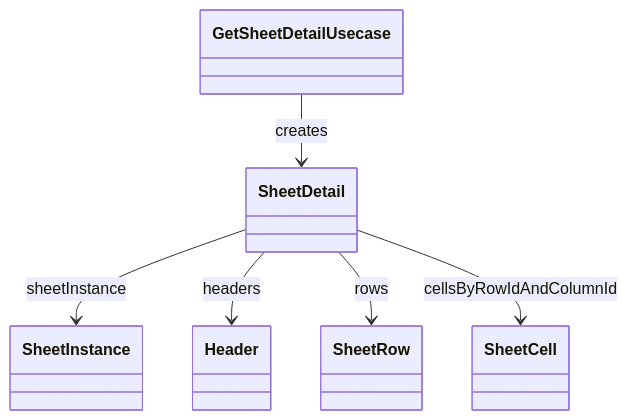
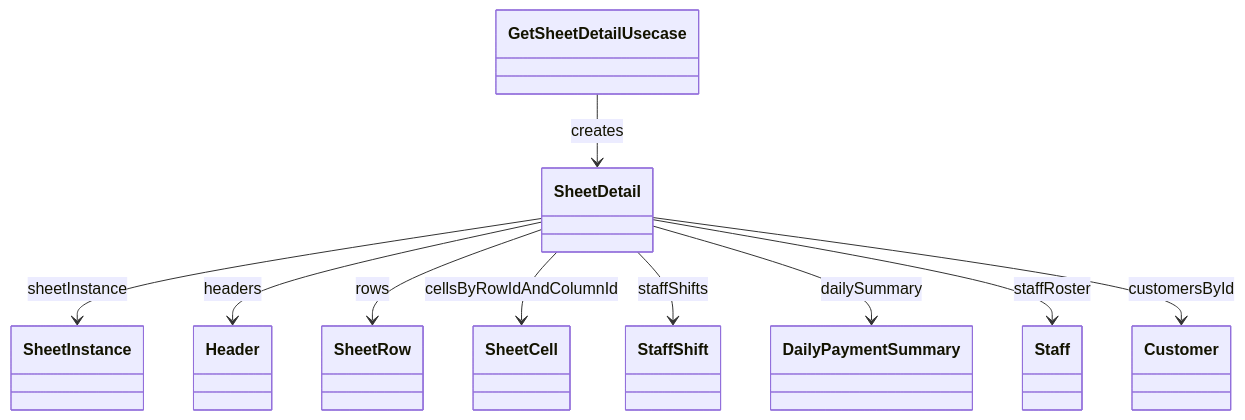
One commit to MinamiyamaKotaro/m3_pad changed the diagram in docs/design/lib/src/features/voucher/domain/entities/sheet_detail.md. Above: the diagram before and after it, drawn with Mermaid. The commit also changed other lines of this file and 35 other files, not shown here.

First line of the commit message:
Reflect payment method, staff shift, and daily summary specs into design docs

````diff
--- a/docs/design/lib/src/features/voucher/domain/entities/sheet_detail.md
+++ b/docs/design/lib/src/features/voucher/domain/entities/sheet_detail.md
@@ -13,8 +14,12 @@
 ```mermaid
 classDiagram
     SheetDetail --> SheetInstance : sheetInstance
     SheetDetail --> Header : headers
     SheetDetail --> SheetRow : rows
     SheetDetail --> SheetCell : cellsByRowIdAndColumnId
+    SheetDetail --> StaffShift : staffShifts
+    SheetDetail --> DailyPaymentSummary : dailySummary
+    SheetDetail --> Staff : staffRoster
+    SheetDetail --> Customer : customersById
     GetSheetDetailUsecase --> SheetDetail : creates
 ```
````
